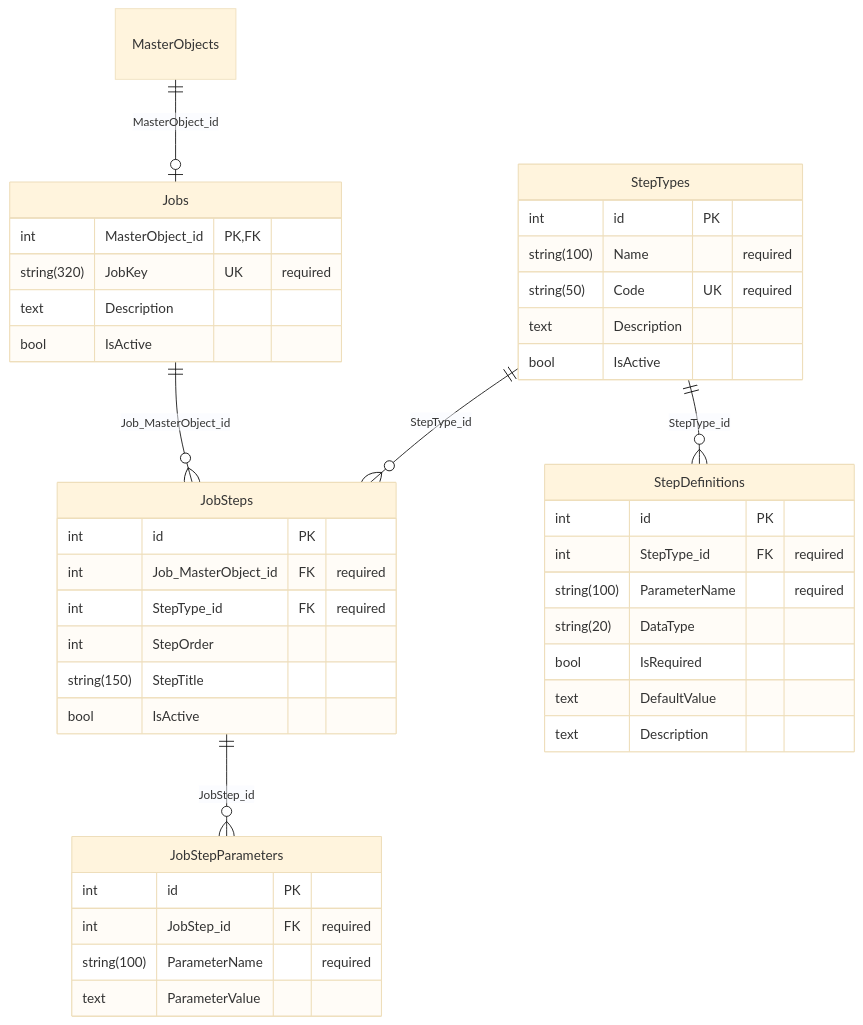
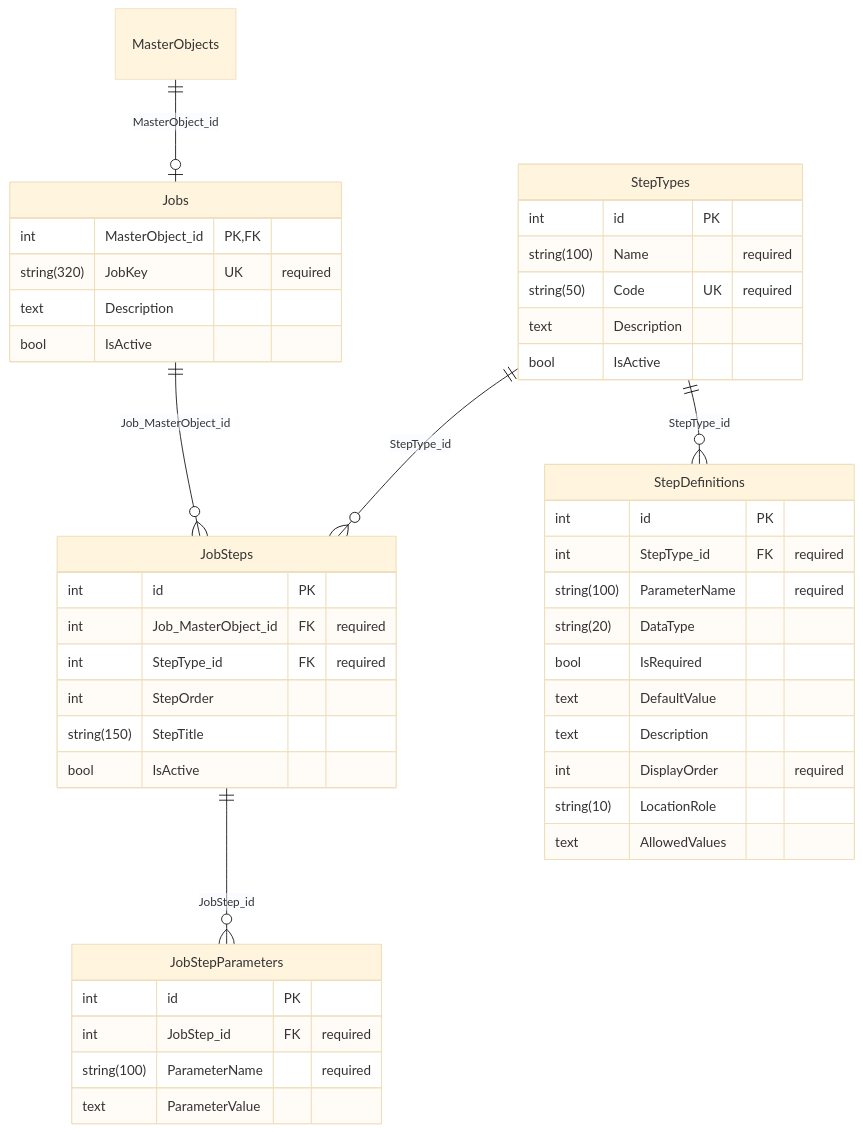
Before and after one commit to JayCBoal/AutomationApp: the third of 4 diagrams in docs/DB_SCHEMA.md, drawn with Mermaid (base theme). The commit also changed 30 other files, not shown here.

````diff
--- a/docs/DB_SCHEMA.md
+++ b/docs/DB_SCHEMA.md
@@ -118,44 +118,47 @@
 ```mermaid
 erDiagram
     Jobs {
         int MasterObject_id PK, FK
         string(320) JobKey UK "required"
         text Description
         bool IsActive
     }
     JobSteps {
         int id PK
         int Job_MasterObject_id FK "required"
         int StepType_id FK "required"
         int StepOrder
         string(150) StepTitle
         bool IsActive
     }
     JobStepParameters {
         int id PK
         int JobStep_id FK "required"
         string(100) ParameterName "required"
         text ParameterValue
     }
     StepTypes {
         int id PK
         string(100) Name "required"
         string(50) Code UK "required"
         text Description
         bool IsActive
     }
     StepDefinitions {
         int id PK
         int StepType_id FK "required"
         string(100) ParameterName "required"
         string(20) DataType
         bool IsRequired
         text DefaultValue
         text Description
+        int DisplayOrder "required"
+        string(10) LocationRole
+        text AllowedValues
     }
     MasterObjects ||--o| Jobs : "MasterObject_id"
     StepTypes ||--o{ StepDefinitions : "StepType_id"
     Jobs ||--o{ JobSteps : "Job_MasterObject_id"
     StepTypes ||--o{ JobSteps : "StepType_id"
     JobSteps ||--o{ JobStepParameters : "JobStep_id"
 ```
````
